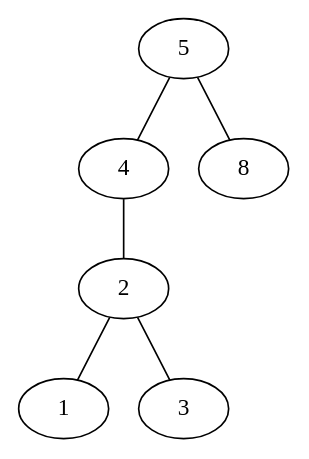
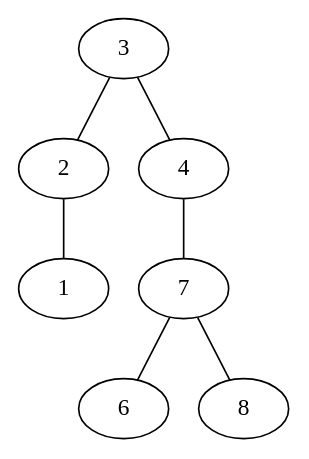
Before and after one commit to patrickToca/gotree: the diagram in tree/bst/viz/tree5.dot, drawn with Graphviz. The commit also changed 6 other files, not shown here.

```diff
--- a/tree/bst/viz/tree5.dot
+++ b/tree/bst/viz/tree5.dot
@@ -1,7 +1,8 @@
 graph tree {
-	5 -- 4
-	5 -- 8
-	4 -- 2
+	3 -- 2
+	3 -- 4
 	2 -- 1
-	2 -- 3
+	4 -- 7
+	7 -- 6
+	7 -- 8
 }
```
